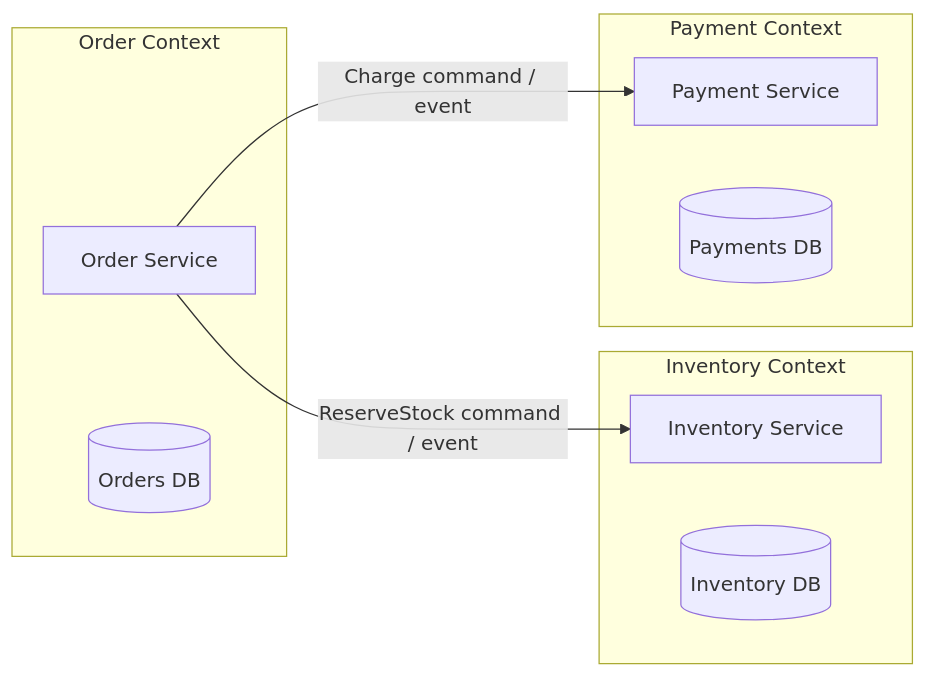
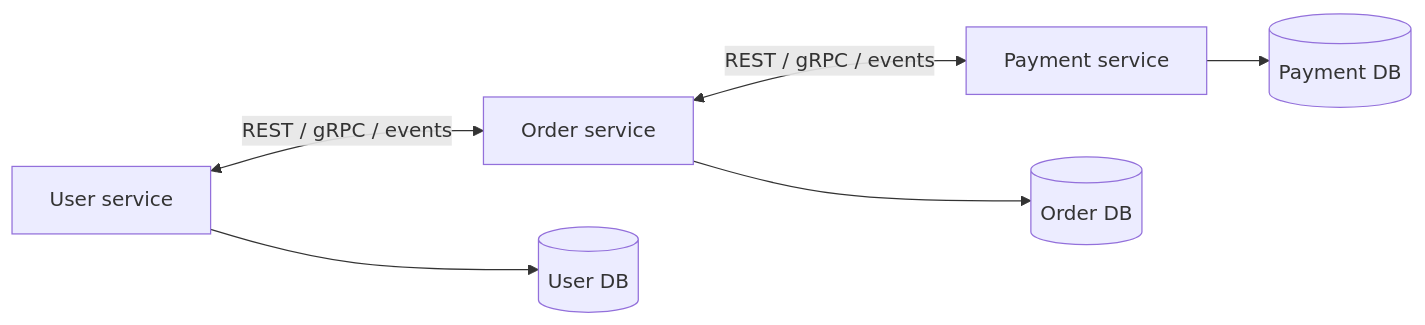
The fifth of 30 diagrams in 08-microservices/README.md (hareramcse/SystemDesign), drawn with Mermaid before and after one commit. The commit also changed other lines of this file, not shown here.

````diff
--- a/08-microservices/README.md
+++ b/08-microservices/README.md
@@ -238,17 +298,8 @@
 ```mermaid
 flowchart LR
-    subgraph Order Context
-        OS[Order Service]
-        ODB[(Orders DB)]
-    end
-    subgraph Inventory Context
-        IS[Inventory Service]
-        IDB[(Inventory DB)]
-    end
-    subgraph Payment Context
-        PS[Payment Service]
-        PDB[(Payments DB)]
-    end
-    OS -->|ReserveStock command / event| IS
-    OS -->|Charge command / event| PS
+    US[User service] <-->|REST / gRPC / events| OS[Order service]
+    OS <-->|REST / gRPC / events| PS[Payment service]
+    US --> UDB[(User DB)]
+    OS --> ODB[(Order DB)]
+    PS --> PDB[(Payment DB)]
 ```
````
